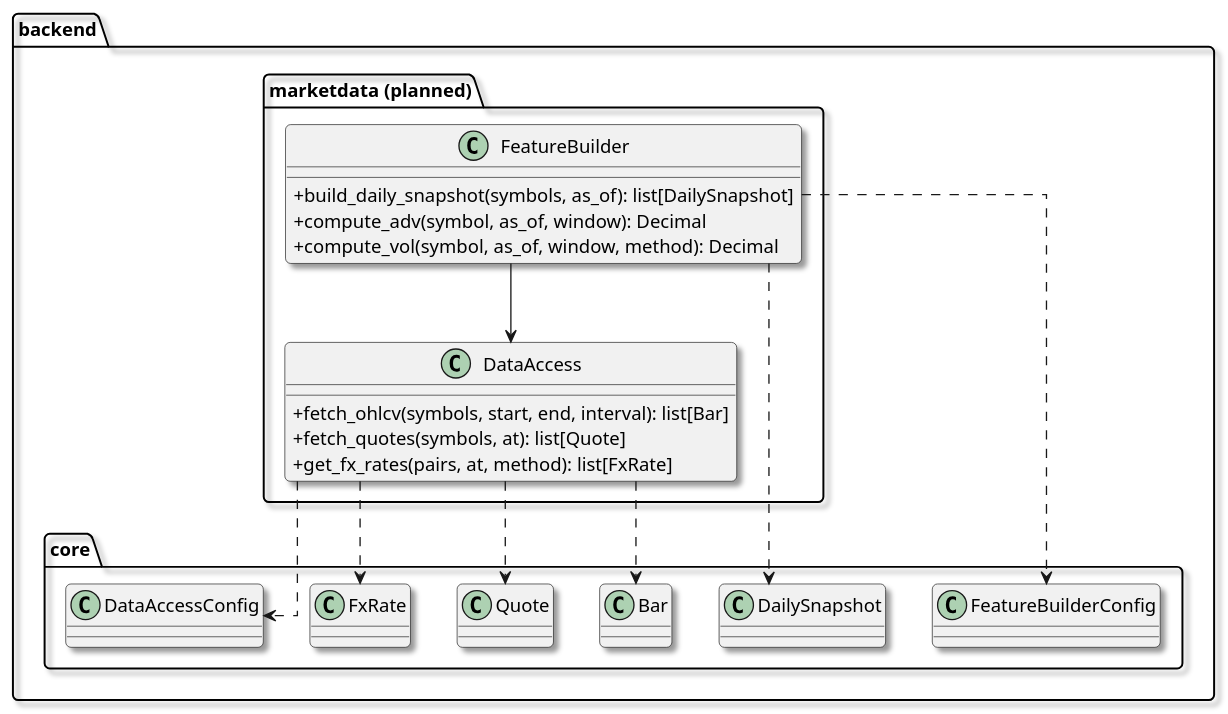
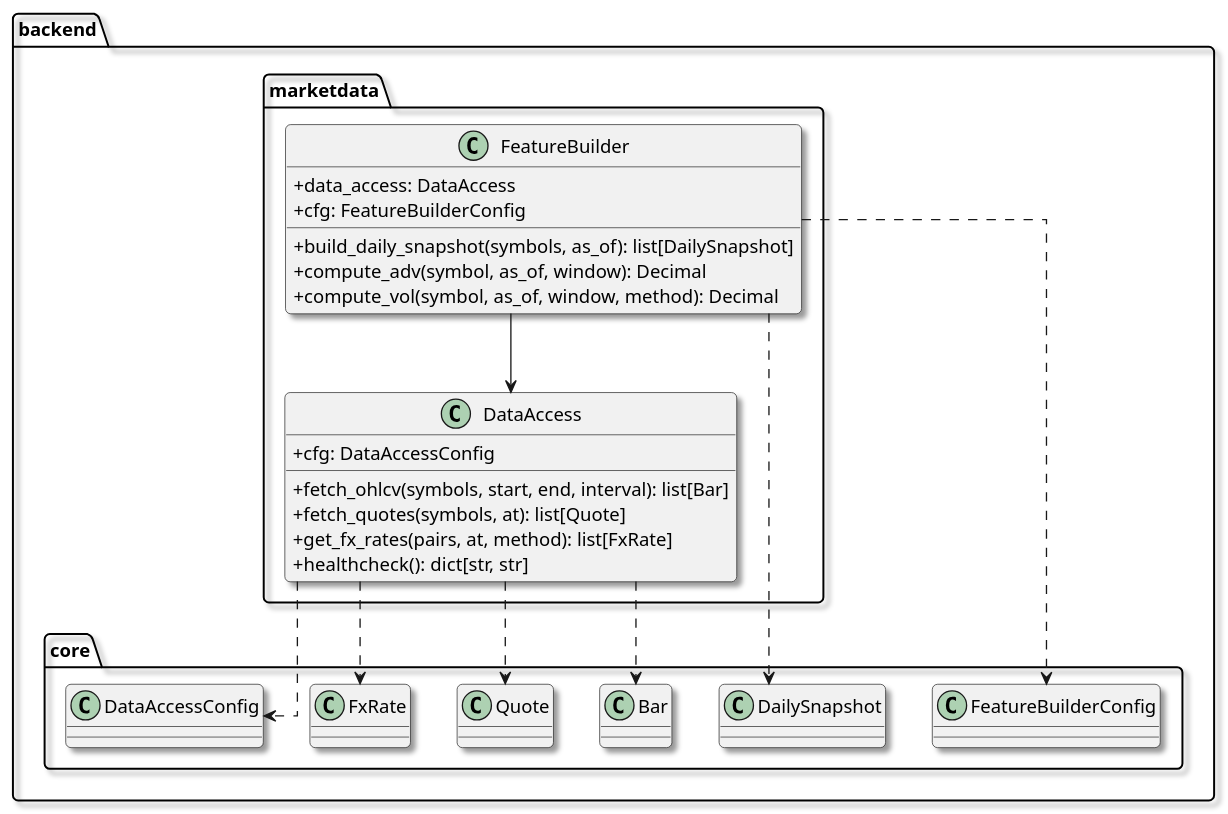
Before and after one commit to yuki-godzilla/Smart_Market_AI: the second of 2 diagrams in Documents/04_Detail_Design/04-7_Implementation_Class_Diagram.md, drawn with PlantUML. The commit also changed other lines of this file and 6 other files, not shown here.

````diff
--- a/Documents/04_Detail_Design/04-7_Implementation_Class_Diagram.md
+++ b/Documents/04_Detail_Design/04-7_Implementation_Class_Diagram.md
@@ -181,40 +180,44 @@
 ```plantuml
 @startuml
 top to bottom direction
 skinparam shadowing true
 skinparam roundcorner 8
 skinparam classAttributeIconSize 0
 skinparam linetype ortho
 
-package "backend.marketdata (planned)" {
+package "backend.marketdata" {
   class DataAccess {
+    +cfg: DataAccessConfig
     +fetch_ohlcv(symbols, start, end, interval): list[Bar]
     +fetch_quotes(symbols, at): list[Quote]
     +get_fx_rates(pairs, at, method): list[FxRate]
+    +healthcheck(): dict[str, str]
   }
 
   class FeatureBuilder {
+    +data_access: DataAccess
+    +cfg: FeatureBuilderConfig
     +build_daily_snapshot(symbols, as_of): list[DailySnapshot]
     +compute_adv(symbol, as_of, window): Decimal
     +compute_vol(symbol, as_of, window, method): Decimal
   }
 }
 
 package "backend.core" {
   class Bar
   class Quote
   class FxRate
   class DailySnapshot
   class DataAccessConfig
   class FeatureBuilderConfig
 }
 
 DataAccess ..> DataAccessConfig
 DataAccess ..> Bar
 DataAccess ..> Quote
 DataAccess ..> FxRate
 FeatureBuilder ..> FeatureBuilderConfig
 FeatureBuilder --> DataAccess
 FeatureBuilder ..> DailySnapshot
 @enduml
 ```
````
